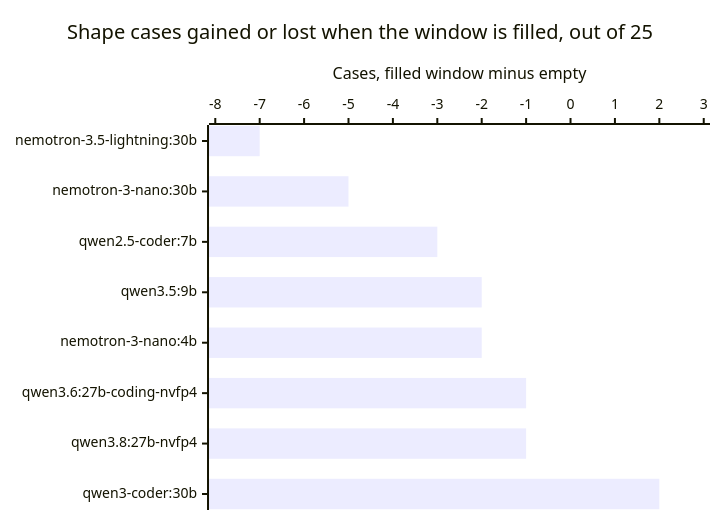
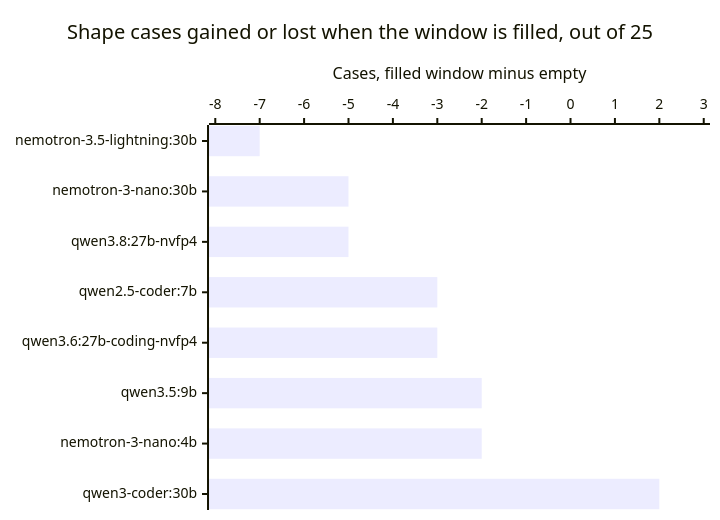
One commit to freemansoft/Flutter-AdaptiveCards changed the diagram in adaptive_chat_server_dart/blog/article-7-full-context-cost-draft.md. Above: the diagram before and after it, drawn with Mermaid. The commit also changed other lines of this file and 30 other files, not shown here.

````diff
--- a/adaptive_chat_server_dart/blog/article-7-full-context-cost-draft.md
+++ b/adaptive_chat_server_dart/blog/article-7-full-context-cost-draft.md
@@ -65,7 +64,7 @@
 ```mermaid
 xychart-beta horizontal
     title "Shape cases gained or lost when the window is filled, out of 25"
-    x-axis ["nemotron-3.5-lightning:30b", "nemotron-3-nano:30b", "qwen2.5-coder:7b", "qwen3.5:9b", "nemotron-3-nano:4b", "qwen3.6:27b-coding-nvfp4", "qwen3.8:27b-nvfp4", "qwen3-coder:30b"]
-    y-axis "Cases, filled window minus empty" -8 --> 3
-    bar [-7, -5, -3, -2, -2, -1, -1, 2]
+        x-axis ["nemotron-3.5-lightning:30b", "nemotron-3-nano:30b", "qwen3.8:27b-nvfp4", "qwen2.5-coder:7b", "qwen3.6:27b-coding-nvfp4", "qwen3.5:9b", "nemotron-3-nano:4b", "qwen3-coder:30b"]
+        y-axis "Cases, filled window minus empty" -8 --> 3
+    bar [-7, -5, -5, -3, -3, -2, -2, 2]
 ```
````
